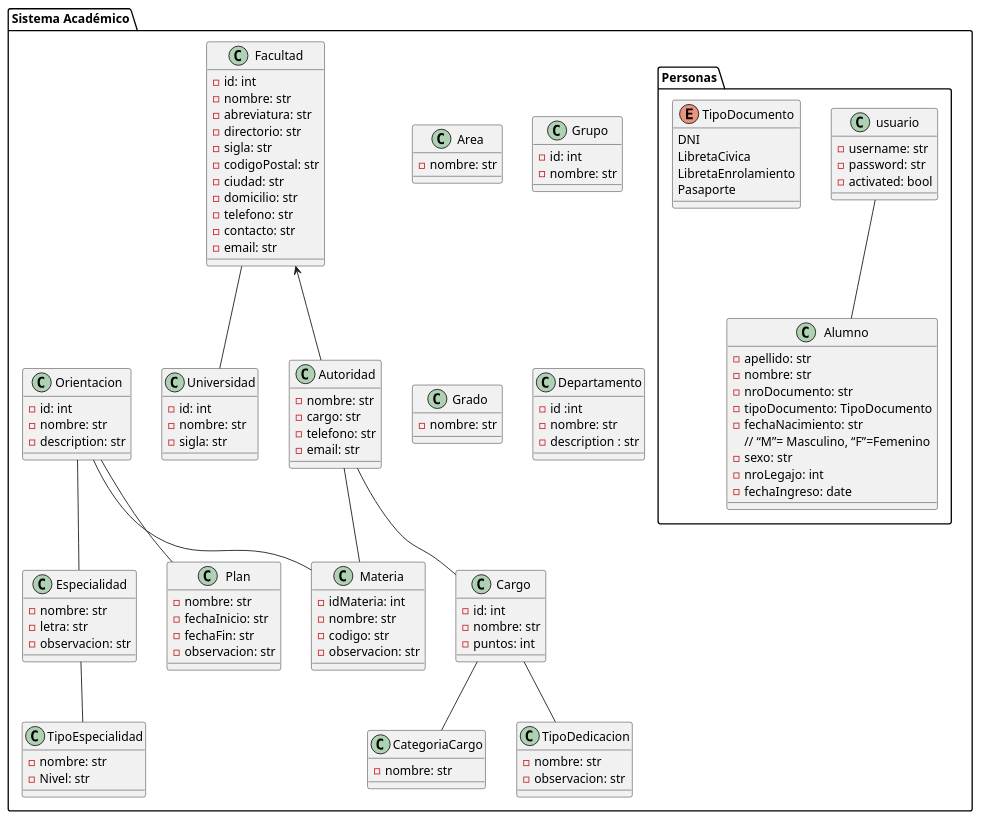
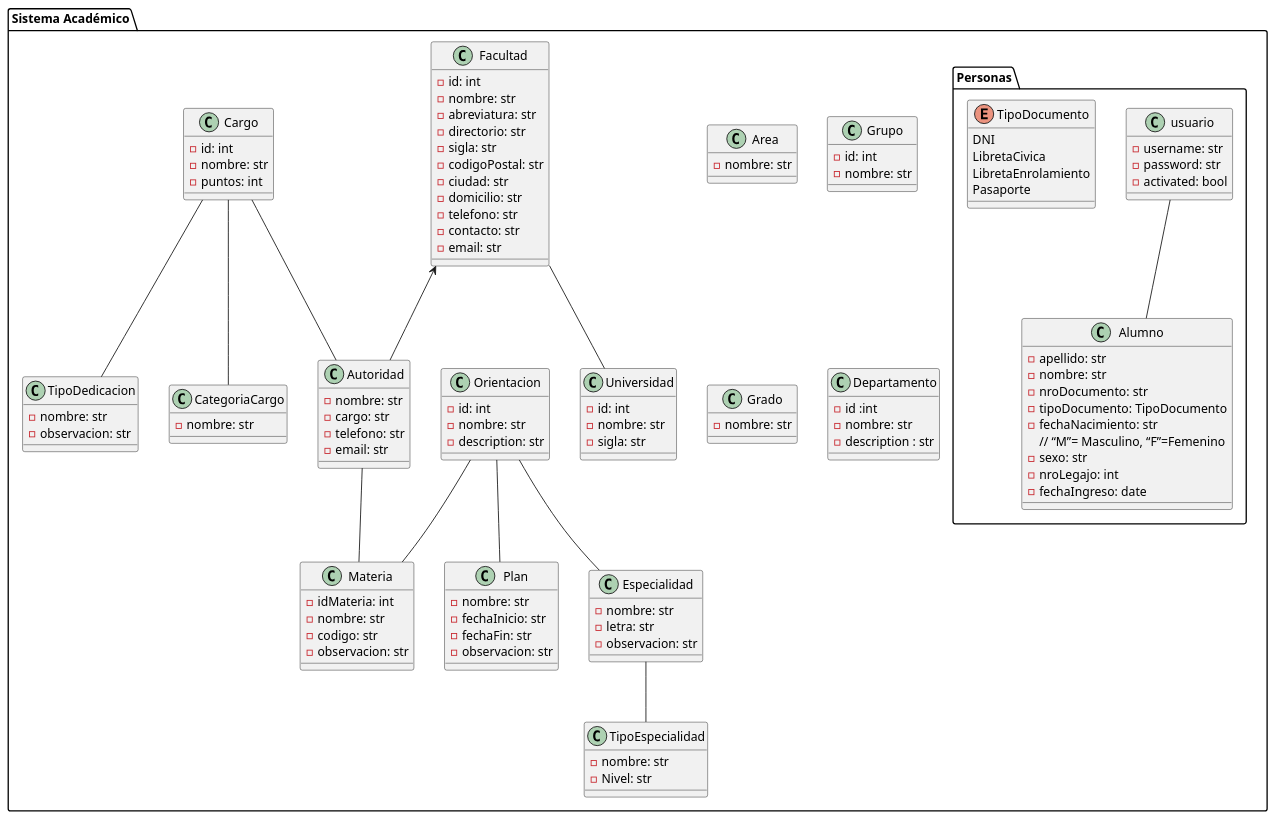
The diagram in app/docs/sysacad_diagrama_de_clases.puml (Juanpa1911/SysAcad2.0), drawn with PlantUML before and after one commit.

Commit message:
Update class diagram relationships in PlantUML file
Reordered and adjusted associations between Especialidad, TipoEspecialidad, Autoridad, Cargo, and Facultad to better reflect the intended class relationships in the academic system diagram.

```diff
--- a/app/docs/sysacad_diagrama_de_clases.puml
+++ b/app/docs/sysacad_diagrama_de_clases.puml
@@ -1,134 +1,134 @@
 @startuml Diagrama de Clases de sysacad
 package "Sistema Académico"{
     package "Personas"{
         class usuario{
             - username: str
             - password: str
             -activated: bool
         }
         class Alumno {
             - apellido: str
             - nombre: str
             - nroDocumento: str
             - tipoDocumento: TipoDocumento
             - fechaNacimiento: str
             // “M”= Masculino, “F”=Femenino
             - sexo: str
             - nroLegajo: int
             - fechaIngreso: date
         }
 
         enum TipoDocumento {
             DNI
             LibretaCivica
             LibretaEnrolamiento
             Pasaporte
         }
     }
 
     class Universidad {
         -id: int
         -nombre: str
         -sigla: str
     }
 
     class Facultad {
         -id: int
         -nombre: str
         -abreviatura: str
         -directorio: str
         -sigla: str
         -codigoPostal: str
         -ciudad: str
         -domicilio: str
         -telefono: str
         -contacto: str
         -email: str
     }
 
     class Autoridad {
         -nombre: str
         -cargo: str
         -telefono: str
         -email: str
     }
 
     class Area {
         - nombre: str
     }
 
     class Especialidad {
         - nombre: str
         - letra: str
         - observacion: str
     }
 
     class TipoEspecialidad {
         - nombre: str
         - Nivel: str
     }
 
     class Grupo {
         - id: int
         - nombre: str
     }
 
     class Plan {
         - nombre: str
         - fechaInicio: str
         - fechaFin: str
         - observacion: str
     }
 
     class Orientacion {
         - id: int
         - nombre: str
         - description: str
     }
 
     class Grado {
         - nombre: str
     }
 
     class Cargo {
         - id: int
         - nombre: str
         - puntos: int
         
     }
     
     class CategoriaCargo {
         - nombre: str
     } 
    
     class Materia {
         - idMateria: int
         - nombre: str
         - codigo: str
         - observacion: str
     }
 
     class TipoDedicacion {
         - nombre: str
         - observacion: str
     }
 
     class Departamento {
         - id :int
         - nombre: str
         - description : str
     }
 
     usuario -- Alumno
     Orientacion -- Especialidad
+    Especialidad -- TipoEspecialidad
     Orientacion -- Plan
     Orientacion -- Materia
     Autoridad -- Materia
-    Especialidad -- TipoEspecialidad
+    Facultad -- Universidad
     Facultad <-- Autoridad
-    Facultad -- Universidad
-    Autoridad -- Cargo
+    Cargo -- Autoridad
     Cargo -- CategoriaCargo
     Cargo -- TipoDedicacion
 }
 @enduml
```
